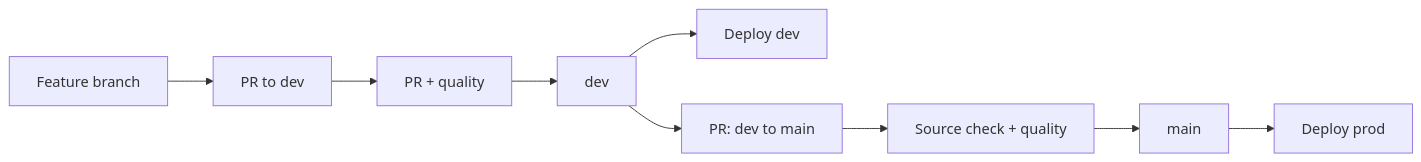
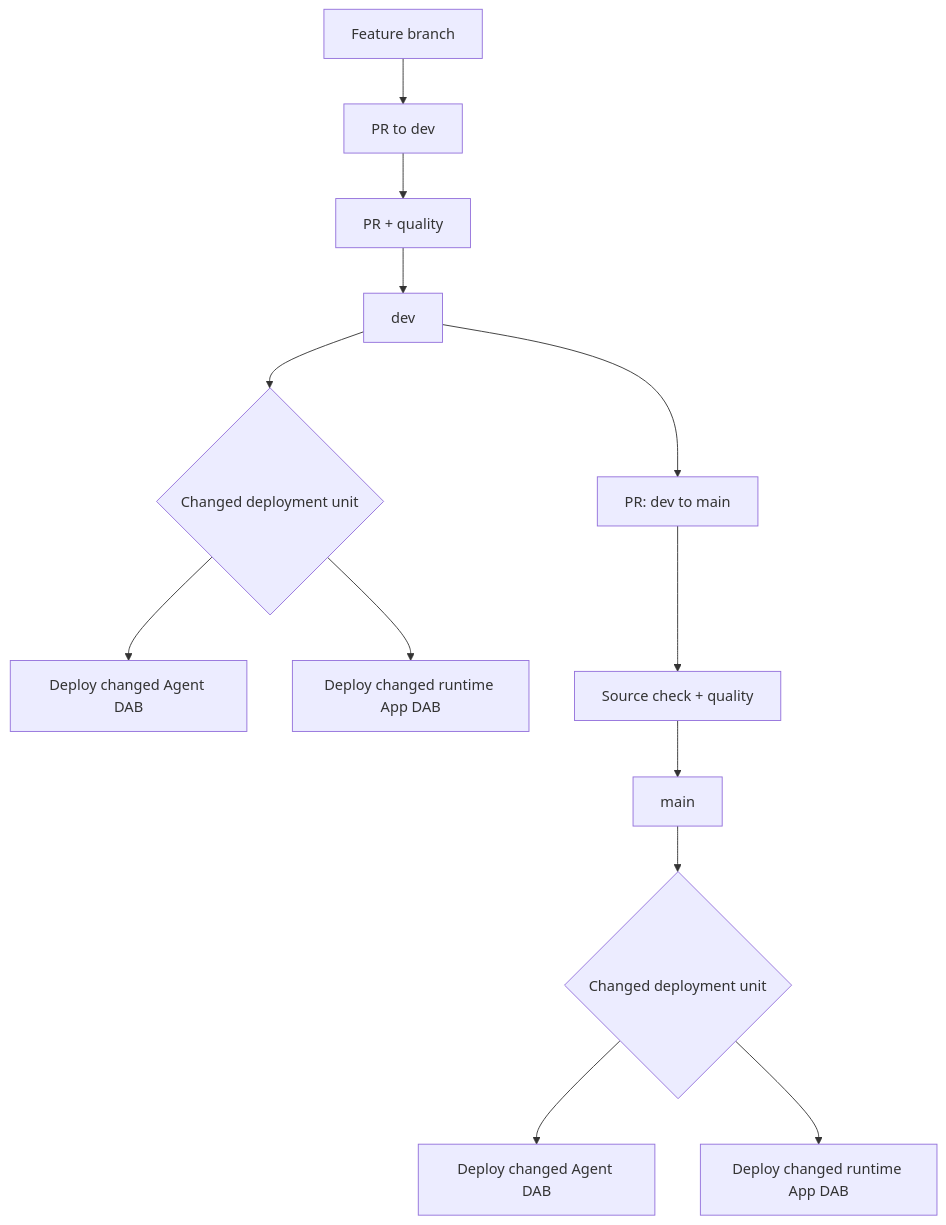
The second of 3 diagrams in README.md (zacdav-db/databricks-agent-cicd-sandpit), drawn with Mermaid before and after one commit. The commit also changed other lines of this file and 26 other files, not shown here.

Commit message:
Isolate every App deployment bundle

````diff
--- a/README.md
+++ b/README.md
@@ -108,15 +108,23 @@
 ```mermaid
-flowchart LR
+flowchart TB
     Feature["Feature branch"]
     DevPR["PR to dev"]
     DevGate["PR + quality"]
     Dev["dev"]
-    DevDeploy["Deploy dev"]
+    DevSelect{"Changed deployment unit"}
+    DevAgent["Deploy changed Agent DAB"]
+    DevCore["Deploy changed runtime App DAB"]
     ProdPR["PR: dev to main"]
     ProdGate["Source check + quality"]
     Main["main"]
-    ProdDeploy["Deploy prod"]
+    ProdSelect{"Changed deployment unit"}
+    ProdAgent["Deploy changed Agent DAB"]
+    ProdCore["Deploy changed runtime App DAB"]
 
-    Feature --> DevPR --> DevGate --> Dev --> DevDeploy
-    Dev --> ProdPR --> ProdGate --> Main --> ProdDeploy
+    Feature --> DevPR --> DevGate --> Dev --> DevSelect
+    DevSelect --> DevAgent
+    DevSelect --> DevCore
+    Dev --> ProdPR --> ProdGate --> Main --> ProdSelect
+    ProdSelect --> ProdAgent
+    ProdSelect --> ProdCore
 ```
````
